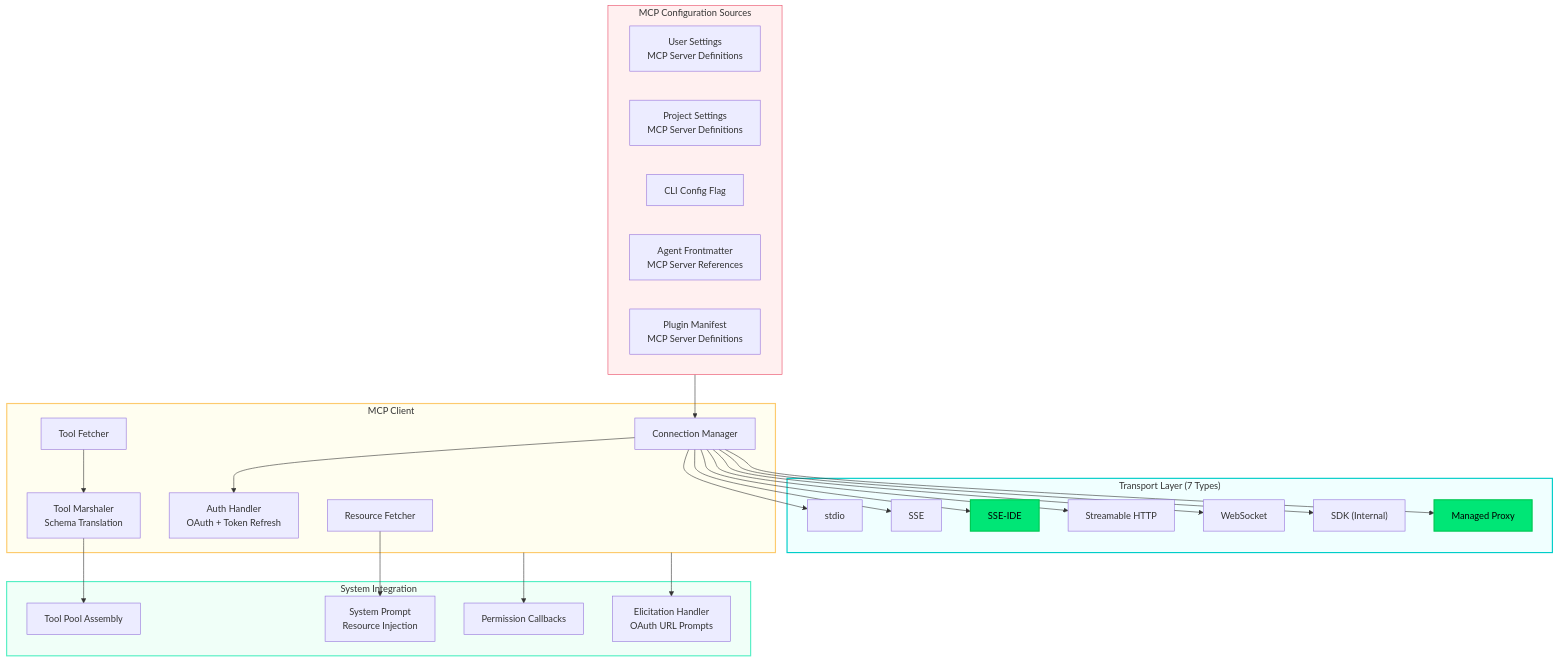
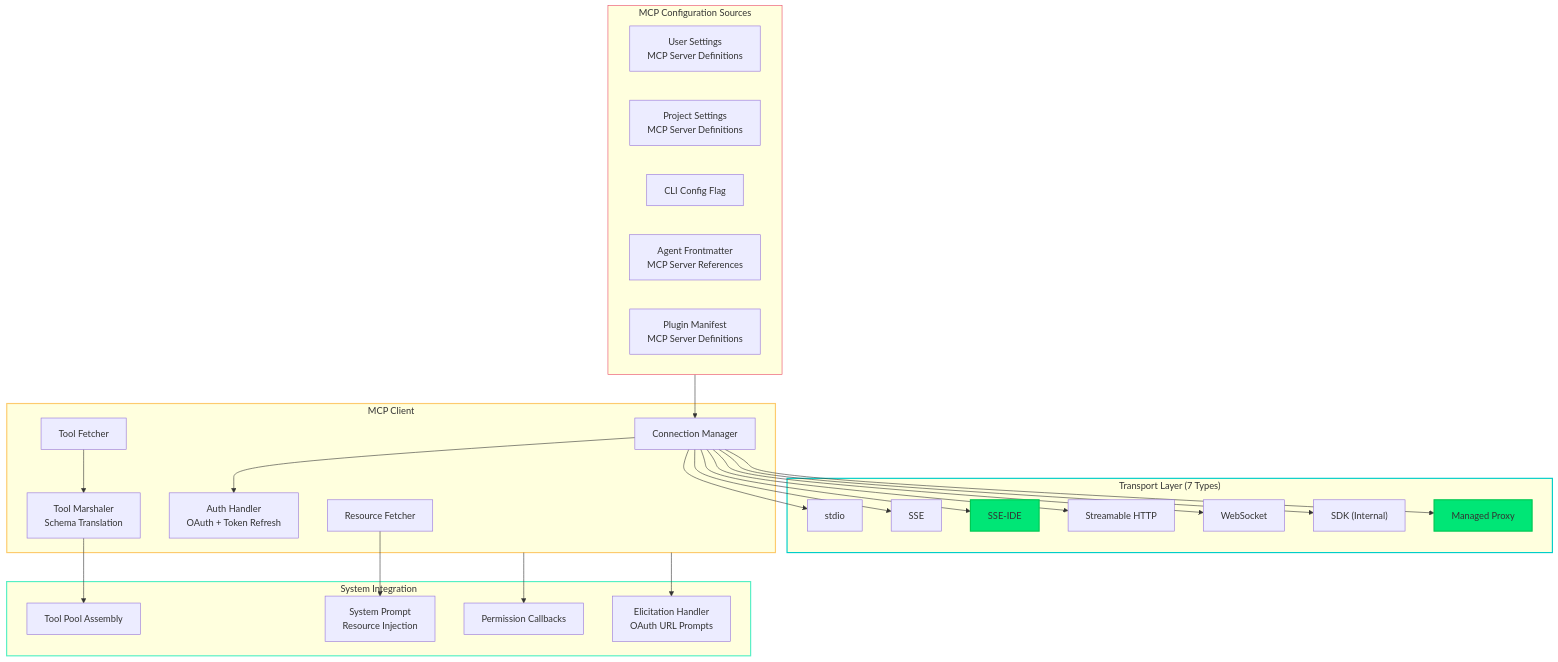
The eighth of 14 diagrams in DIAGRAMS.md (PavelValentov/multi-agent-architecture), drawn with Mermaid before and after one commit. The commit also changed other lines of this file, not shown here.

````diff
--- a/DIAGRAMS.md
+++ b/DIAGRAMS.md
@@ -670,57 +670,57 @@
 ```mermaid
 graph TB
     subgraph Config["MCP Configuration Sources"]
         USER_CFG["User Settings<br/>MCP Server Definitions"]
         PROJECT_CFG["Project Settings<br/>MCP Server Definitions"]
         CLI_CFG["CLI Config Flag"]
         AGENT_CFG["Agent Frontmatter<br/>MCP Server References"]
         PLUGIN_CFG["Plugin Manifest<br/>MCP Server Definitions"]
     end
 
     subgraph Transports["Transport Layer (7 Types)"]
         STDIO["stdio"]
         SSE["SSE"]
         SSE_IDE["SSE-IDE"]
         HTTP["Streamable HTTP"]
         WS["WebSocket"]
         SDK["SDK (Internal)"]
         CLAUDE_PROXY["Managed Proxy"]
     end
 
     subgraph Client["MCP Client"]
         CONNECT["Connection Manager"]
         TOOLS_FETCH["Tool Fetcher"]
         RESOURCES["Resource Fetcher"]
         AUTH["Auth Handler<br/>OAuth + Token Refresh"]
         MARSHAL["Tool Marshaler<br/>Schema Translation"]
     end
 
     subgraph Integration["System Integration"]
         TOOL_REG["Tool Pool Assembly"]
         SYS_PROMPT["System Prompt<br/>Resource Injection"]
         PERM["Permission Callbacks"]
         ELICIT["Elicitation Handler<br/>OAuth URL Prompts"]
     end
 
     Config --> CONNECT
     CONNECT --> STDIO
     CONNECT --> SSE
     CONNECT --> SSE_IDE
     CONNECT --> HTTP
     CONNECT --> WS
     CONNECT --> SDK
     CONNECT --> CLAUDE_PROXY
     CONNECT --> AUTH
     TOOLS_FETCH --> MARSHAL
     MARSHAL --> TOOL_REG
     RESOURCES --> SYS_PROMPT
     Client --> PERM
     Client --> ELICIT
 
-    style Config fill:#fff0f0,stroke:#e94560,stroke-width:1px,color:#333
-    style Transports fill:#f0ffff,stroke:#00cec9,stroke-width:2px,color:#333
-    style Client fill:#fffef0,stroke:#fdcb6e,stroke-width:2px,color:#333
-    style Integration fill:#f0fff8,stroke:#55efc4,stroke-width:2px,color:#333
-    style SSE_IDE fill:#00e676,stroke:#00c853,stroke-width:2px,color:#000
-    style CLAUDE_PROXY fill:#00e676,stroke:#00c853,stroke-width:2px,color:#000
+    style Config stroke:#e94560,stroke-width:1px
+    style Transports stroke:#00cec9,stroke-width:2px
+    style Client stroke:#fdcb6e,stroke-width:2px
+    style Integration stroke:#55efc4,stroke-width:2px
+    style SSE_IDE fill:#00e676,stroke:#00c853,stroke-width:2px
+    style CLAUDE_PROXY fill:#00e676,stroke:#00c853,stroke-width:2px
 ```
````
